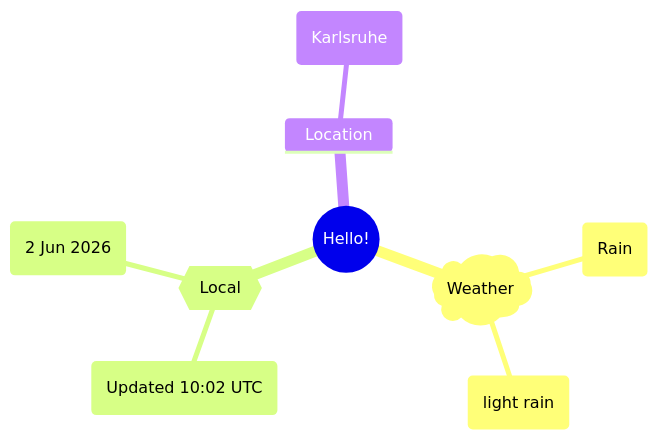
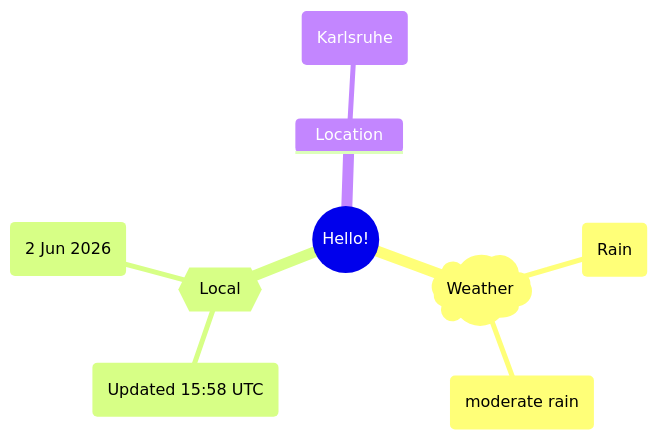
One commit to Xosrov/Xosrov changed the first of 2 diagrams in README.md. Above: the diagram before and after it, drawn with Mermaid.

Commit message:
[bot] updated images

````diff
--- a/README.md
+++ b/README.md
@@ -3,12 +3,12 @@
 ```mermaid
 mindmap
   root((Hello!))
     )Weather(
         (Rain)
-        (light rain)
+        (moderate rain)
     {{Local}}
-        (Updated 10:02 UTC)
+        (Updated 15:58 UTC)
         (2 Jun 2026)
     Location
         (Karlsruhe)
 ```
````
